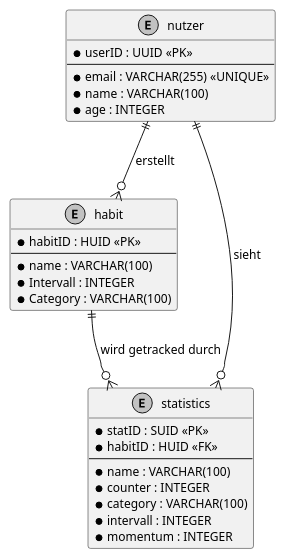
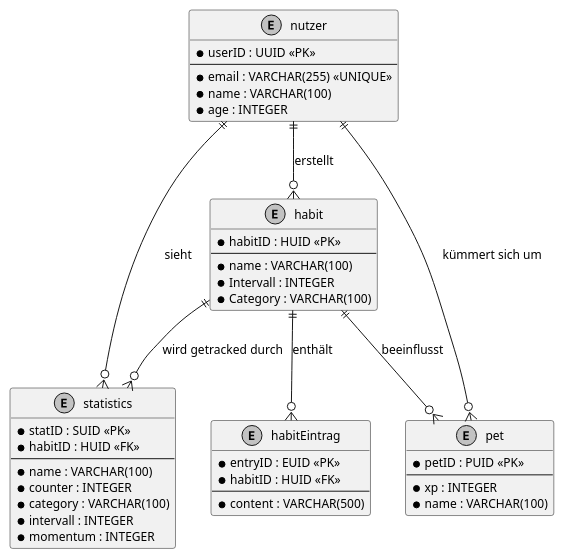
Before and after one commit to nac1dy/Habit-Tracker: the fifth of 5 diagrams in docs/technical/design.adoc, drawn with PlantUML. The commit also changed 2 other files, not shown here.

Commit message:
extended data (base) model - needs review #41; added architecture requirements to architecture.adoc

```diff
--- a/docs/technical/design.adoc
+++ b/docs/technical/design.adoc
@@ -244,41 +244,57 @@
 [plantuml, data-model, svg]
 ....
 @startuml
 skinparam monochrome true
 skinparam defaultFontSize 12
 
 entity "nutzer" as user {
   * userID : UUID <<PK>>
   --
   * email : VARCHAR(255) <<UNIQUE>>
   * name : VARCHAR(100)
   * age : INTEGER
 }
 
 entity "habit" as habit {
   * habitID : HUID <<PK>>
   --
   * name : VARCHAR(100)
   * Intervall : INTEGER
   * Category : VARCHAR(100)
 }
 
+entity "habitEintrag" as entry {
+  * entryID : EUID <<PK>>
+  * habitID : HUID <<FK>>
+  --
+  * content : VARCHAR(500)
+}
+
+entity "pet" as pet {
+  * petID : PUID <<PK>>
+  --
+  * xp : INTEGER
+  * name : VARCHAR(100)
+}
+
 entity "statistics" as stats {
   * statID : SUID <<PK>>
   * habitID : HUID <<FK>>
   --
   * name : VARCHAR(100)
   * counter : INTEGER
   * category : VARCHAR(100)
   * intervall : INTEGER
   * momentum : INTEGER
 }
 
 
 user ||--o{ habit : "erstellt"
 habit ||--o{ stats : "wird getracked durch"
 user ||--o{ stats : "sieht"
-
+habit ||--o{ entry : "enthält"
+habit ||--o{ pet : "beeinflusst"
+user ||--o{ pet : "kümmert sich um"
 
 @enduml
 ....
```
